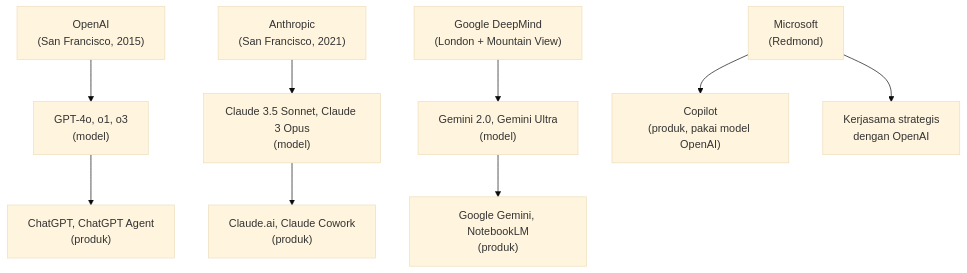
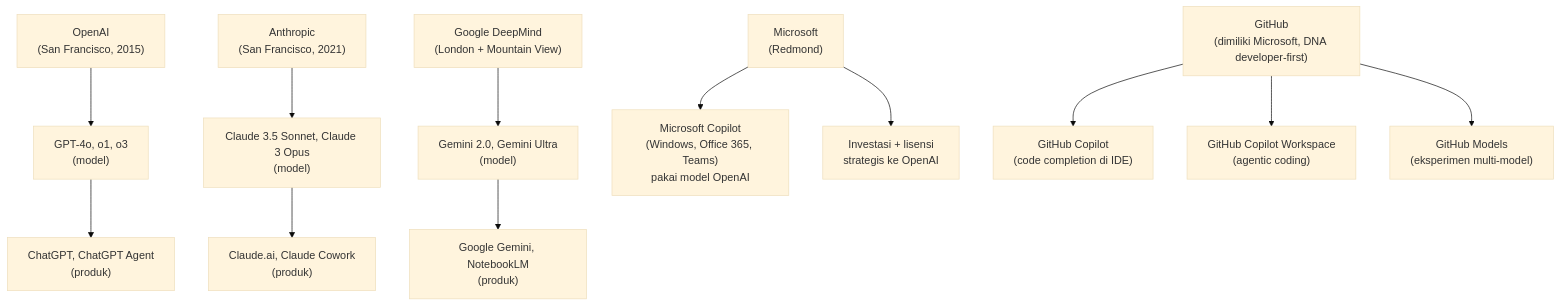
Before and after one commit to sandikodev/content: the first of 4 diagrams in posts/peta-kekuatan-ai-openai-anthropic-google-microsoft.md, drawn with Mermaid (base theme). The commit also changed other lines of this file, not shown here.

````diff
--- a/posts/peta-kekuatan-ai-openai-anthropic-google-microsoft.md
+++ b/posts/peta-kekuatan-ai-openai-anthropic-google-microsoft.md
@@ -48,14 +48,17 @@
 ```mermaid
 graph TD
     A["OpenAI\n(San Francisco, 2015)"] --> B["GPT-4o, o1, o3\n(model)"]
     B --> C["ChatGPT, ChatGPT Agent\n(produk)"]
 
     D["Anthropic\n(San Francisco, 2021)"] --> E["Claude 3.5 Sonnet, Claude 3 Opus\n(model)"]
     E --> F["Claude.ai, Claude Cowork\n(produk)"]
 
     G["Google DeepMind\n(London + Mountain View)"] --> H["Gemini 2.0, Gemini Ultra\n(model)"]
     H --> I["Google Gemini, NotebookLM\n(produk)"]
 
-    J["Microsoft\n(Redmond)"] --> K["Copilot\n(produk, pakai model OpenAI)"]
-    J --> L["Kerjasama strategis\ndengan OpenAI"]
+    J["Microsoft\n(Redmond)"] --> K["Microsoft Copilot\n(Windows, Office 365, Teams)\npakai model OpenAI"]
+    J --> L["Investasi + lisensi\nstrategis ke OpenAI"]
+    M["GitHub\n(dimiliki Microsoft, DNA developer-first)"] --> N["GitHub Copilot\n(code completion di IDE)"]
+    M --> O["GitHub Copilot Workspace\n(agentic coding)"]
+    M --> P["GitHub Models\n(eksperimen multi-model)"]
 ```
````
